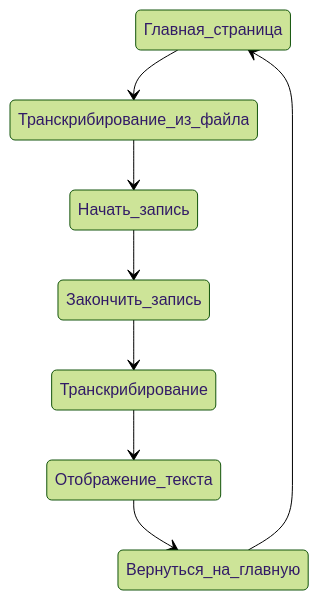
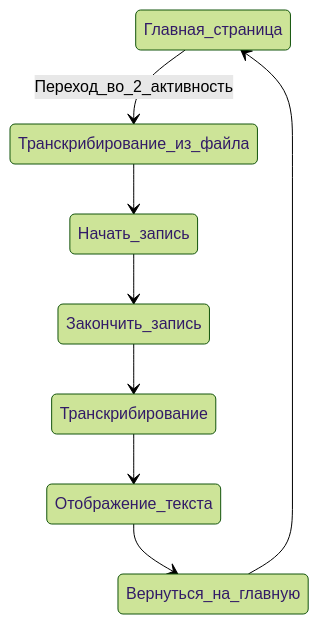
Before and after one commit to Retnug228/Lab3Orpo: the third of 6 diagrams in docs/behavior.md, drawn with Mermaid (forest theme). The commit also changed other lines of this file, not shown here.

````diff
--- a/docs/behavior.md
+++ b/docs/behavior.md
@@ -56,10 +56,10 @@
 ```mermaid
 stateDiagram
-    Главная_страница --> Транскрибирование_из_файла
+    Главная_страница --> Транскрибирование_из_файла: Переход_во_2_активность
     Транскрибирование_из_файла --> Начать_запись
     Начать_запись --> Закончить_запись
     Закончить_запись --> Транскрибирование
     Транскрибирование --> Отображение_текста
     Отображение_текста --> Вернуться_на_главную
     Вернуться_на_главную --> Главная_страница
 ```
````
